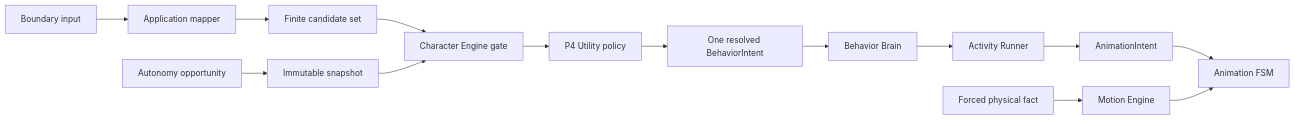
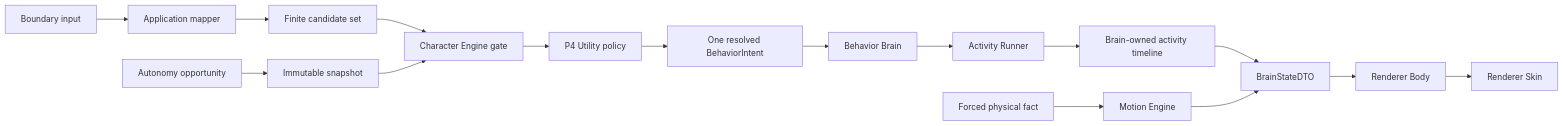
One commit to zyzycode/project_wisp changed the diagram in docs/engine/AUTONOMY_ENGINE.md. Above: the diagram before and after it, drawn with Mermaid. The commit also changed other lines of this file and 12 other files, not shown here.

Commit message:
feat(architect): define Brain Body Skin contracts (AUTO-A08)

````diff
--- a/docs/engine/AUTONOMY_ENGINE.md
+++ b/docs/engine/AUTONOMY_ENGINE.md
@@ -15,16 +17,18 @@
 ```mermaid
 flowchart LR
   B[Boundary input] --> M[Application mapper]
   M --> C[Finite candidate set]
   O[Autonomy opportunity] --> S[Immutable snapshot]
   C --> G[Character Engine gate]
   S --> G
   G --> U[P4 Utility policy]
   U --> R[One resolved BehaviorIntent]
   R --> BB[Behavior Brain]
   BB --> AR[Activity Runner]
-  AR --> AI[AnimationIntent]
-  AI --> AF[Animation FSM]
+  AR --> BT[Brain-owned activity timeline]
+  BT --> BS[BrainStateDTO]
+  BS --> Body[Renderer Body]
+  Body --> Skin[Renderer Skin]
   P[Forced physical fact] --> ME[Motion Engine]
-  ME --> AF
+  ME --> BS
 ```
````
